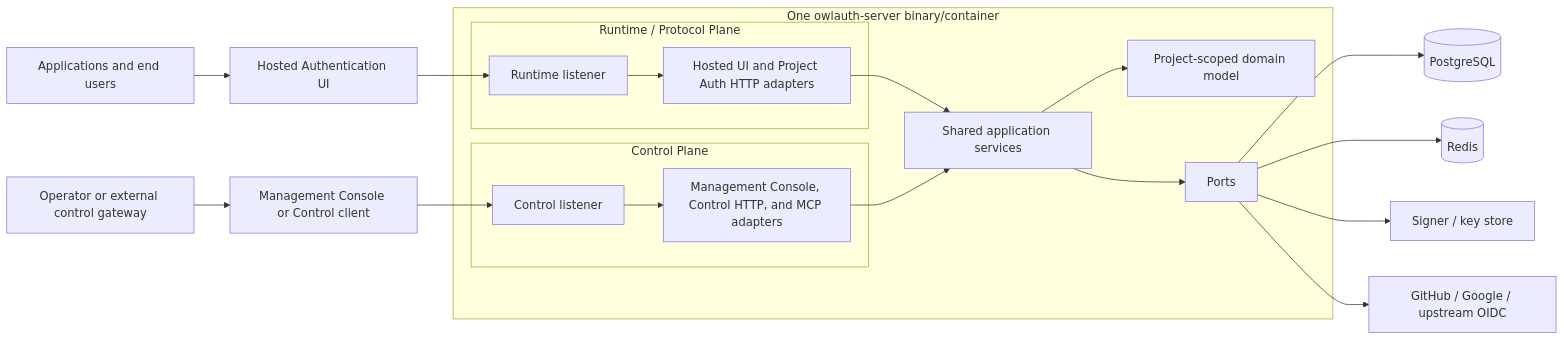
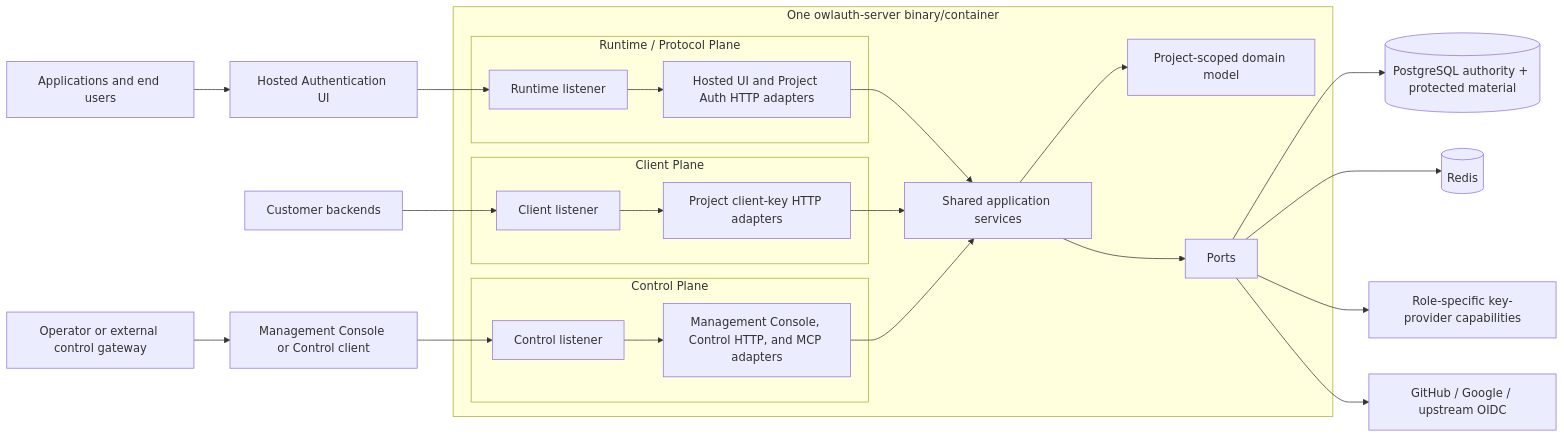
Before and after one commit to owlfoundry/owlauth: the second of 4 diagrams in spec/01-system-context-and-goals.md, drawn with Mermaid. The commit also changed other lines of this file and 320 other files, not shown here.

Commit message:
feat(server+cli+web+repo): complete project client API

````diff
--- a/spec/01-system-context-and-goals.md
+++ b/spec/01-system-context-and-goals.md
@@ -76,25 +77,30 @@
 ```mermaid
 flowchart LR
     EndUsers[Applications and end users] --> Hosted[Hosted Authentication UI]
     Hosted --> RL[Runtime listener]
+    Backends[Customer backends] --> BL[Client listener]
     Operators[Operator or external control gateway] --> Console[Management Console or Control client]
     Console --> CL[Control listener]
 
     subgraph Artifact[One owlauth-server binary/container]
         subgraph Runtime[Runtime / Protocol Plane]
             RL --> RH[Hosted UI and Project Auth HTTP adapters]
         end
+        subgraph Client[Client Plane]
+            BL --> BA[Project client-key HTTP adapters]
+        end
         subgraph Control[Control Plane]
             CL --> CA[Management Console, Control HTTP, and MCP adapters]
         end
         RH --> AS[Shared application services]
+        BA --> AS
         CA --> AS
         AS --> D[Project-scoped domain model]
         AS --> P[Ports]
     end
 
-    P --> PG[(PostgreSQL)]
+    P --> PG[(PostgreSQL authority + protected material)]
     P --> Redis[(Redis)]
-    P --> KMS[Signer / key store]
+    P --> KP[Role-specific key-provider capabilities]
     P --> IdP[GitHub / Google / upstream OIDC]
 ```
````
